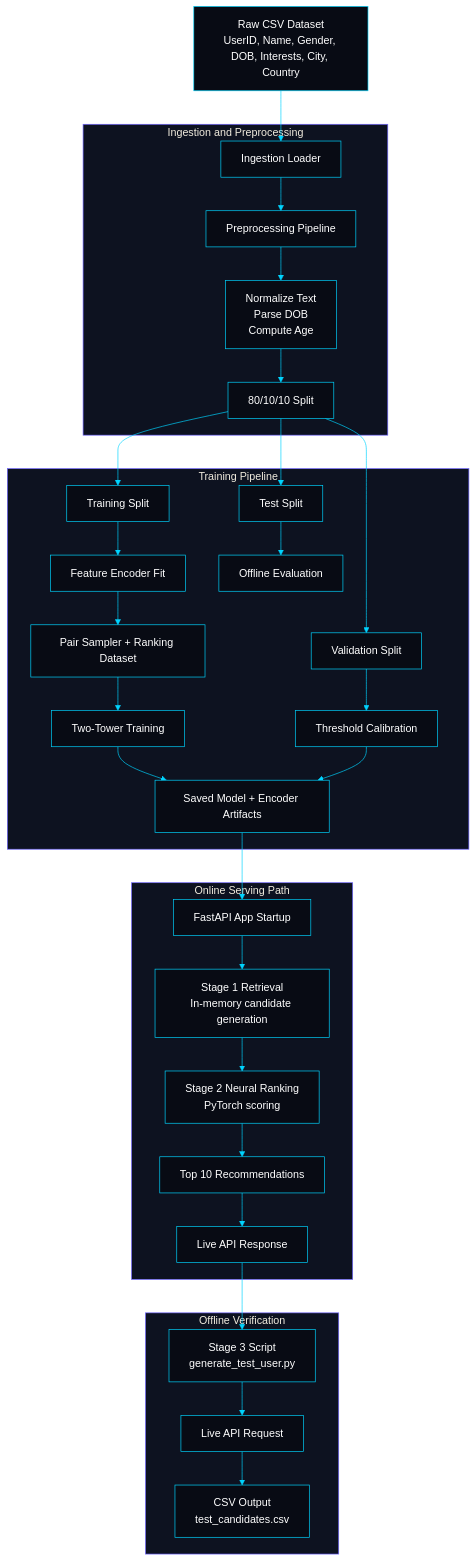
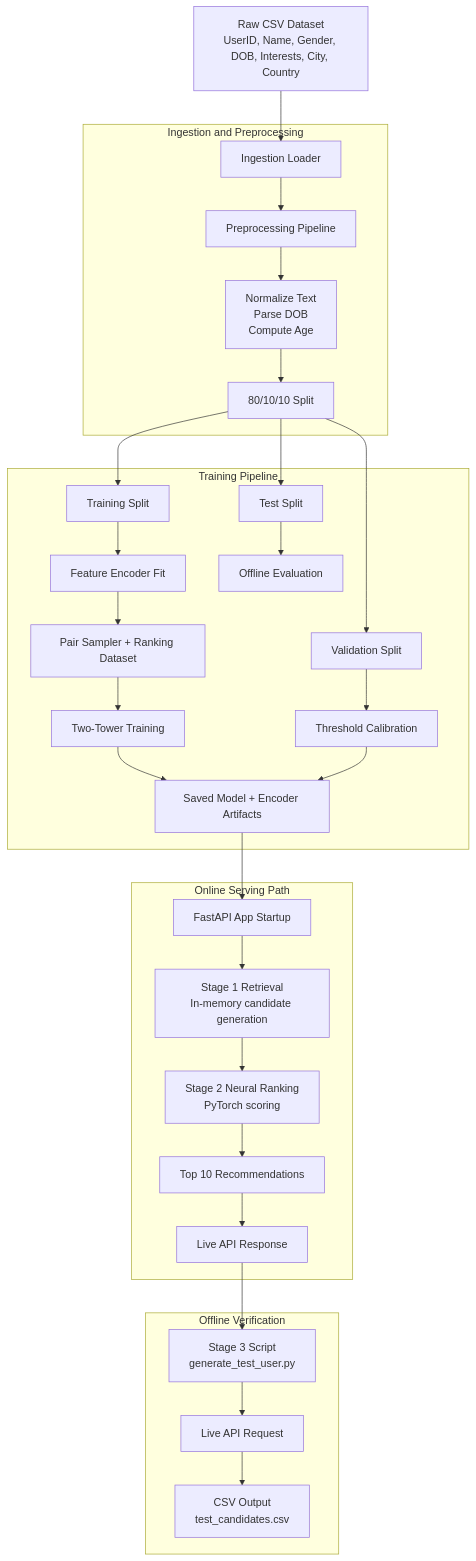
The first of 3 diagrams in README.MD (jayant1554/X_user_recommendation), drawn with Mermaid before and after one commit. The commit also changed other lines of this file, not shown here.

````diff
--- a/README.MD
+++ b/README.MD
@@ -197,50 +100,49 @@
 ```mermaid
-%%{init: {'theme':'base', 'themeVariables': {'primaryColor':'#6C63FF', 'primaryTextColor':'#ffffff', 'primaryBorderColor':'#00D4FF', 'lineColor':'#00D4FF', 'secondaryColor':'#080B14', 'tertiaryColor':'#0d1220', 'background':'#080B14', 'mainBkg':'#080B14', 'secondBkg':'#0d1220', 'clusterBkg':'#0d1220', 'clusterBorder':'#6C63FF', 'edgeLabelBackground':'#080B14', 'nodeTextColor':'#ffffff', 'fontFamily':'monospace', 'actorBkg':'#080B14', 'actorBorder':'#00D4FF', 'actorTextColor':'#ffffff', 'signalColor':'#00D4FF', 'signalTextColor':'#ffffff', 'labelBoxBkgColor':'#0d1220', 'labelBoxBorderColor':'#6C63FF', 'labelTextColor':'#ffffff', 'noteBkgColor':'#0d1220', 'noteBorderColor':'#6C63FF', 'noteTextColor':'#ffffff'}}}%%
 flowchart TB
 	A[Raw CSV Dataset\nUserID, Name, Gender, DOB, Interests, City, Country]
- 
+
 	subgraph INGEST[Ingestion and Preprocessing]
 		B[Ingestion Loader]
 		C[Preprocessing Pipeline]
 		D[Normalize Text\nParse DOB\nCompute Age]
 		E[80/10/10 Split]
 	end
- 
+
 	subgraph TRAIN[Training Pipeline]
 		F[Training Split]
 		G[Validation Split]
 		H[Test Split]
 		I[Feature Encoder Fit]
 		J[Pair Sampler + Ranking Dataset]
 		K[Two-Tower Training]
 		L[Threshold Calibration]
 		M[Offline Evaluation]
 		N[Saved Model + Encoder Artifacts]
 	end
- 
+
 	subgraph SERVE[Online Serving Path]
 		O[FastAPI App Startup]
 		P[Stage 1 Retrieval\nIn-memory candidate generation]
 		Q[Stage 2 Neural Ranking\nPyTorch scoring]
 		R[Top 10 Recommendations]
 		S[Live API Response]
 	end
- 
+
 	subgraph TEST[Offline Verification]
 		T[Stage 3 Script\ngenerate_test_user.py]
 		U[Live API Request]
 		V[CSV Output\ntest_candidates.csv]
 	end
- 
+
 	A --> B --> C --> D --> E
 	E --> F
 	E --> G
 	E --> H
- 
+
 	F --> I --> J --> K --> N
 	G --> L --> N
 	H --> M
- 
+
 	N --> O --> P --> Q --> R --> S
 	S --> T --> U --> V
 ```
````
